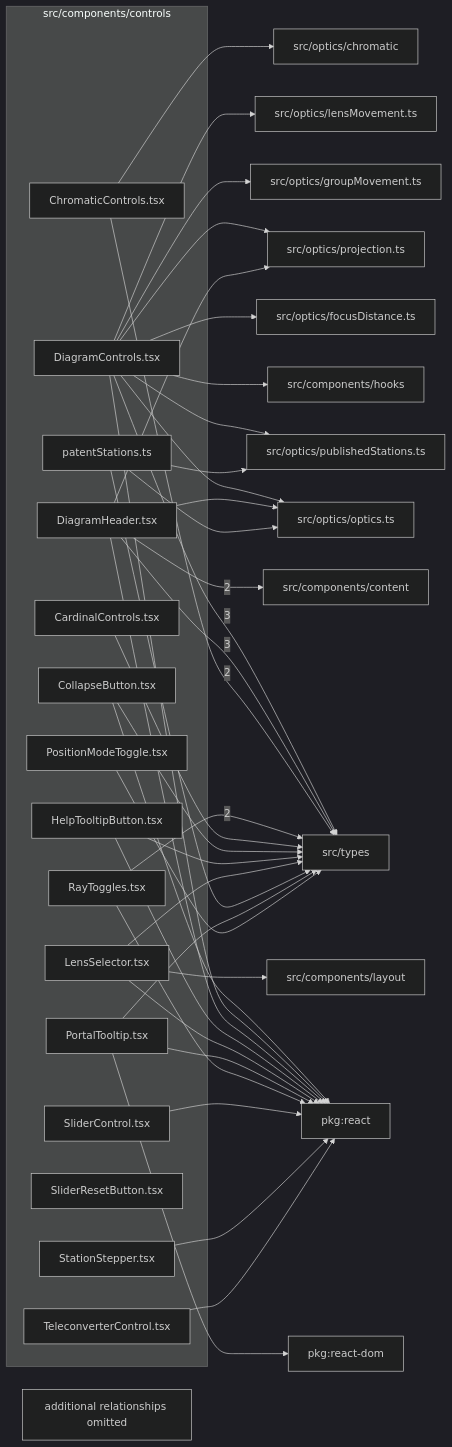
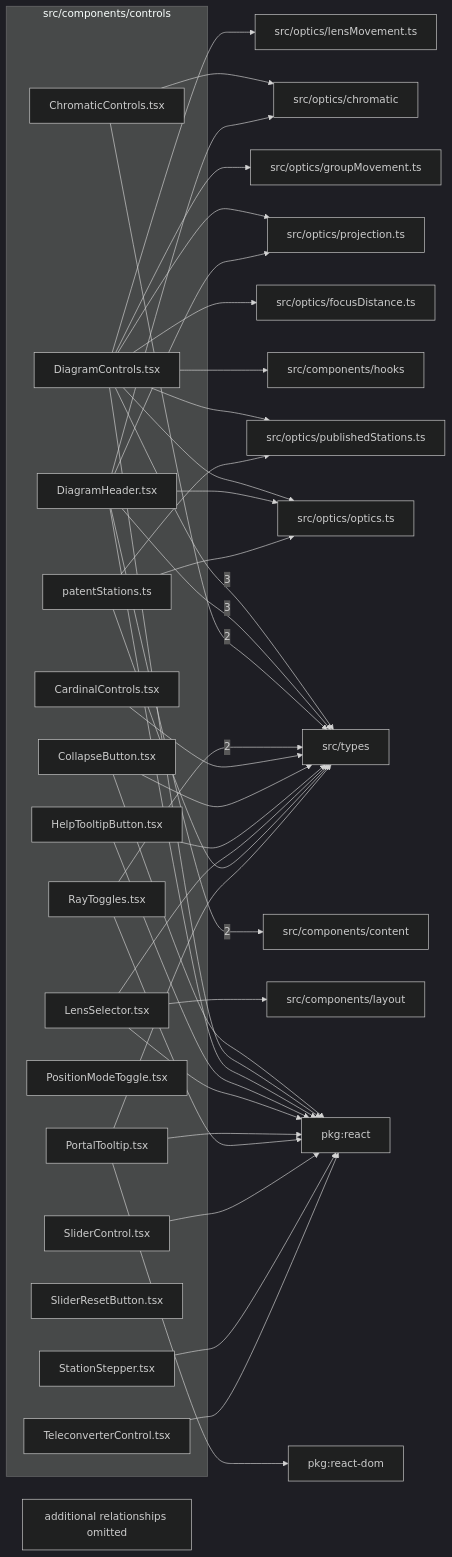
The diagram in src/components/controls/readme.md (ronbuening/LensVisualizer), drawn with Mermaid (dark theme) before and after one commit. The commit also changed other lines of this file and 3 other files, not shown here.

````diff
--- a/src/components/controls/readme.md
+++ b/src/components/controls/readme.md
@@ -9,70 +9,70 @@
 ```mermaid
 flowchart LR
   subgraph n_src_components_controls["src/components/controls"]
     n_src_components_controls_src_components_controls_CardinalControls_tsx["CardinalControls.tsx"]
     n_src_components_controls_src_components_controls_ChromaticControls_tsx["ChromaticControls.tsx"]
     n_src_components_controls_src_components_controls_CollapseButton_tsx["CollapseButton.tsx"]
     n_src_components_controls_src_components_controls_DiagramControls_tsx["DiagramControls.tsx"]
     n_src_components_controls_src_components_controls_DiagramHeader_tsx["DiagramHeader.tsx"]
     n_src_components_controls_src_components_controls_HelpTooltipButton_tsx["HelpTooltipButton.tsx"]
     n_src_components_controls_src_components_controls_LensSelector_tsx["LensSelector.tsx"]
     n_src_components_controls_src_components_controls_patentStations_ts["patentStations.ts"]
     n_src_components_controls_src_components_controls_PortalTooltip_tsx["PortalTooltip.tsx"]
     n_src_components_controls_src_components_controls_PositionModeToggle_tsx["PositionModeToggle.tsx"]
     n_src_components_controls_src_components_controls_RayToggles_tsx["RayToggles.tsx"]
     n_src_components_controls_src_components_controls_SliderControl_tsx["SliderControl.tsx"]
     n_src_components_controls_src_components_controls_SliderResetButton_tsx["SliderResetButton.tsx"]
     n_src_components_controls_src_components_controls_StationStepper_tsx["StationStepper.tsx"]
     n_src_components_controls_src_components_controls_TeleconverterControl_tsx["TeleconverterControl.tsx"]
   end
   n_external_src_types["src/types"]
   n_external_src_components_content["src/components/content"]
   n_external_pkg_react["pkg:react"]
   n_external_pkg_react_dom["pkg:react-dom"]
   n_external_src_components_hooks["src/components/hooks"]
   n_external_src_components_layout["src/components/layout"]
   n_external_src_optics_chromatic["src/optics/chromatic"]
   n_external_src_optics_focusDistance_ts["src/optics/focusDistance.ts"]
   n_external_src_optics_groupMovement_ts["src/optics/groupMovement.ts"]
   n_external_src_optics_lensMovement_ts["src/optics/lensMovement.ts"]
   n_external_src_optics_optics_ts["src/optics/optics.ts"]
   n_external_src_optics_projection_ts["src/optics/projection.ts"]
   n_external_src_optics_publishedStations_ts["src/optics/publishedStations.ts"]
   n_src_components_controls_src_components_controls_DiagramControls_tsx --> |3| n_external_src_types
   n_src_components_controls_src_components_controls_DiagramHeader_tsx --> |3| n_external_src_types
   n_src_components_controls_src_components_controls_DiagramHeader_tsx --> |2| n_external_src_components_content
   n_src_components_controls_src_components_controls_ChromaticControls_tsx --> |2| n_external_src_types
   n_src_components_controls_src_components_controls_RayToggles_tsx --> |2| n_external_src_types
   n_src_components_controls_src_components_controls_CollapseButton_tsx --> n_external_pkg_react
   n_src_components_controls_src_components_controls_DiagramControls_tsx --> n_external_pkg_react
   n_src_components_controls_src_components_controls_DiagramHeader_tsx --> n_external_pkg_react
   n_src_components_controls_src_components_controls_HelpTooltipButton_tsx --> n_external_pkg_react
   n_src_components_controls_src_components_controls_LensSelector_tsx --> n_external_pkg_react
   n_src_components_controls_src_components_controls_PortalTooltip_tsx --> n_external_pkg_react
   n_src_components_controls_src_components_controls_RayToggles_tsx --> n_external_pkg_react
   n_src_components_controls_src_components_controls_SliderControl_tsx --> n_external_pkg_react
   n_src_components_controls_src_components_controls_StationStepper_tsx --> n_external_pkg_react
   n_src_components_controls_src_components_controls_TeleconverterControl_tsx --> n_external_pkg_react
   n_src_components_controls_src_components_controls_PortalTooltip_tsx --> n_external_pkg_react_dom
   n_src_components_controls_src_components_controls_DiagramControls_tsx --> n_external_src_components_hooks
   n_src_components_controls_src_components_controls_LensSelector_tsx --> n_external_src_components_layout
   n_src_components_controls_src_components_controls_ChromaticControls_tsx --> n_external_src_optics_chromatic
+  n_src_components_controls_src_components_controls_DiagramHeader_tsx --> n_external_src_optics_chromatic
   n_src_components_controls_src_components_controls_DiagramControls_tsx --> n_external_src_optics_focusDistance_ts
   n_src_components_controls_src_components_controls_DiagramControls_tsx --> n_external_src_optics_groupMovement_ts
   n_src_components_controls_src_components_controls_DiagramControls_tsx --> n_external_src_optics_lensMovement_ts
   n_src_components_controls_src_components_controls_DiagramControls_tsx --> n_external_src_optics_optics_ts
   n_src_components_controls_src_components_controls_DiagramHeader_tsx --> n_external_src_optics_optics_ts
   n_src_components_controls_src_components_controls_patentStations_ts --> n_external_src_optics_optics_ts
   n_src_components_controls_src_components_controls_DiagramControls_tsx --> n_external_src_optics_projection_ts
   n_src_components_controls_src_components_controls_DiagramHeader_tsx --> n_external_src_optics_projection_ts
   n_src_components_controls_src_components_controls_DiagramControls_tsx --> n_external_src_optics_publishedStations_ts
   n_src_components_controls_src_components_controls_patentStations_ts --> n_external_src_optics_publishedStations_ts
   n_src_components_controls_src_components_controls_CardinalControls_tsx --> n_external_src_types
   n_src_components_controls_src_components_controls_CollapseButton_tsx --> n_external_src_types
   n_src_components_controls_src_components_controls_HelpTooltipButton_tsx --> n_external_src_types
   n_src_components_controls_src_components_controls_LensSelector_tsx --> n_external_src_types
   n_src_components_controls_src_components_controls_patentStations_ts --> n_external_src_types
   n_src_components_controls_src_components_controls_PortalTooltip_tsx --> n_external_src_types
-  n_src_components_controls_src_components_controls_PositionModeToggle_tsx --> n_external_src_types
   n_src_components_controls_truncated["additional relationships omitted"]
 ```
````
